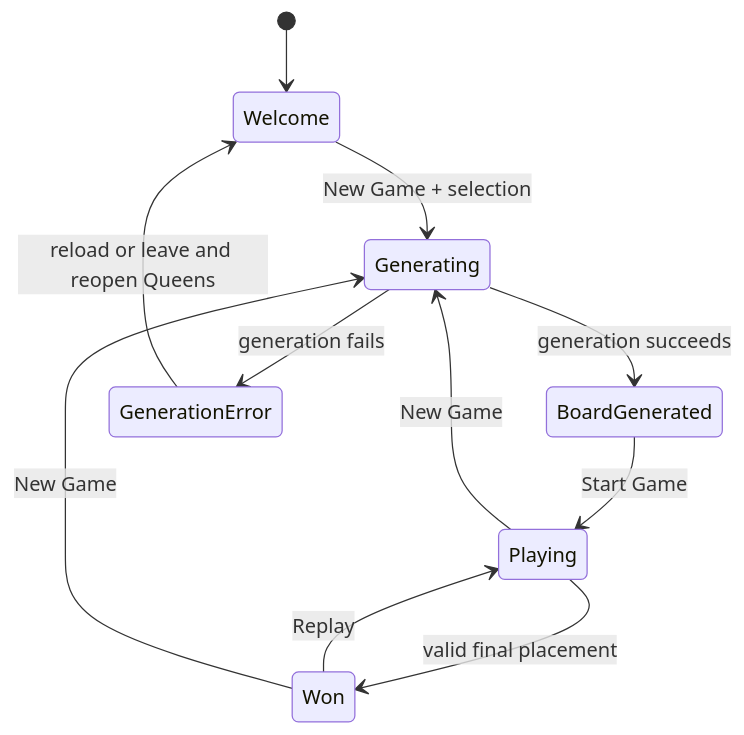
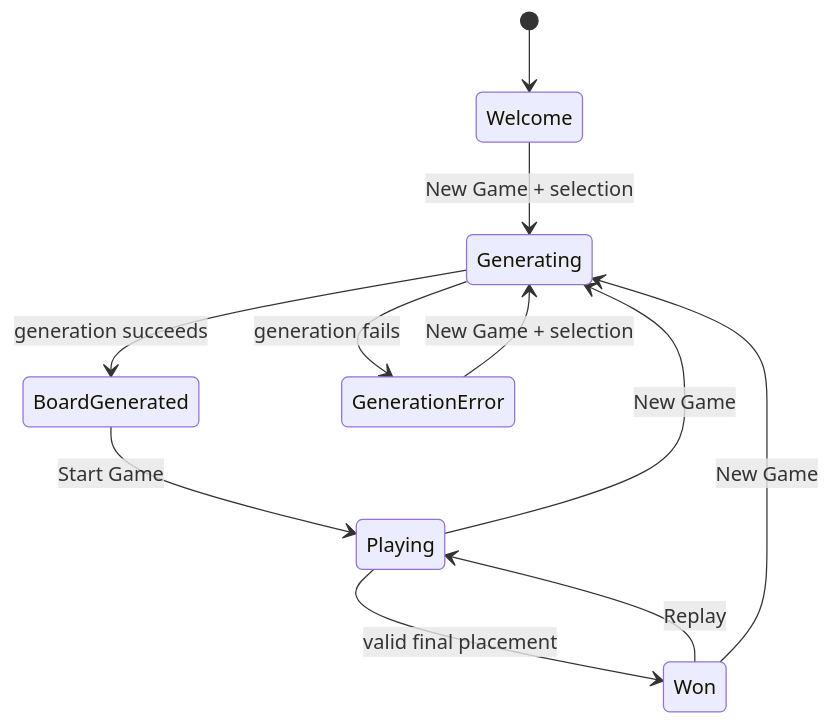
Before and after one commit to kereszteszsolt/queens-puzzle-generator: the diagram in docs/user-guide.md, drawn with Mermaid. The commit also changed other lines of this file and 25 other files, not shown here.

````diff
--- a/docs/user-guide.md
+++ b/docs/user-guide.md
@@ -43,13 +43,13 @@
 ```mermaid
 stateDiagram-v2
     [*] --> Welcome
     Welcome --> Generating: New Game + selection
     Generating --> BoardGenerated: generation succeeds
     Generating --> GenerationError: generation fails
     BoardGenerated --> Playing: Start Game
     Playing --> Won: valid final placement
     Playing --> Generating: New Game
     Won --> Playing: Replay
     Won --> Generating: New Game
-    GenerationError --> Welcome: reload or leave and reopen Queens
+    GenerationError --> Generating: New Game + selection
 ```
````
